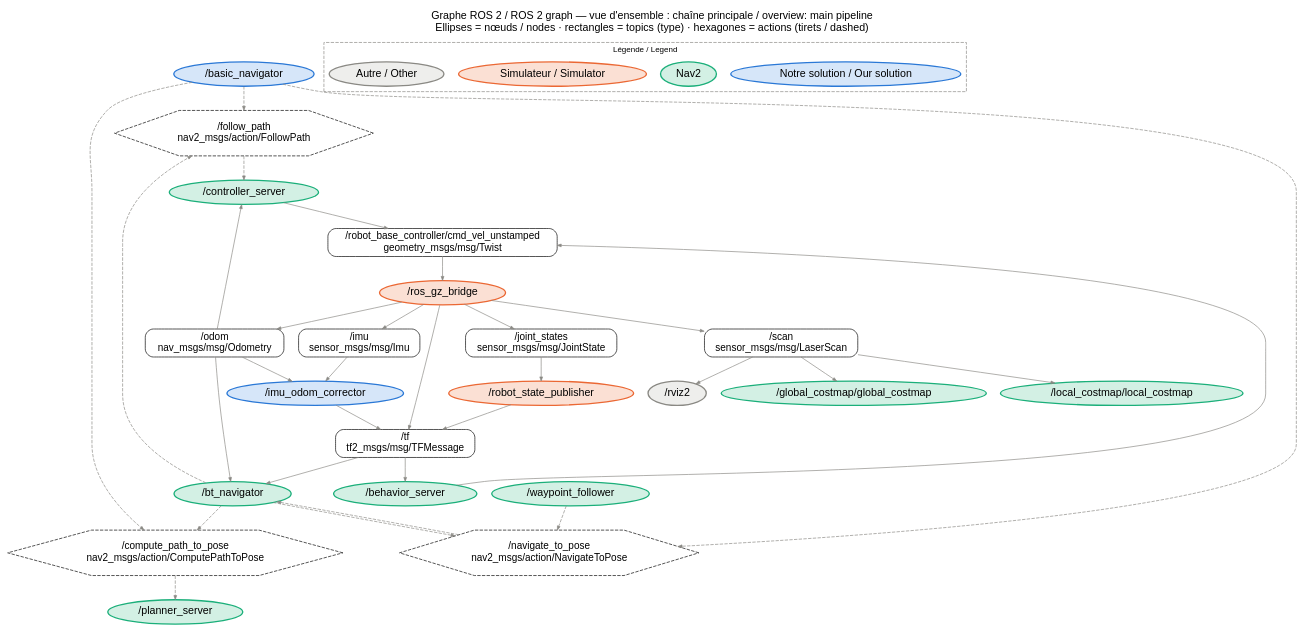
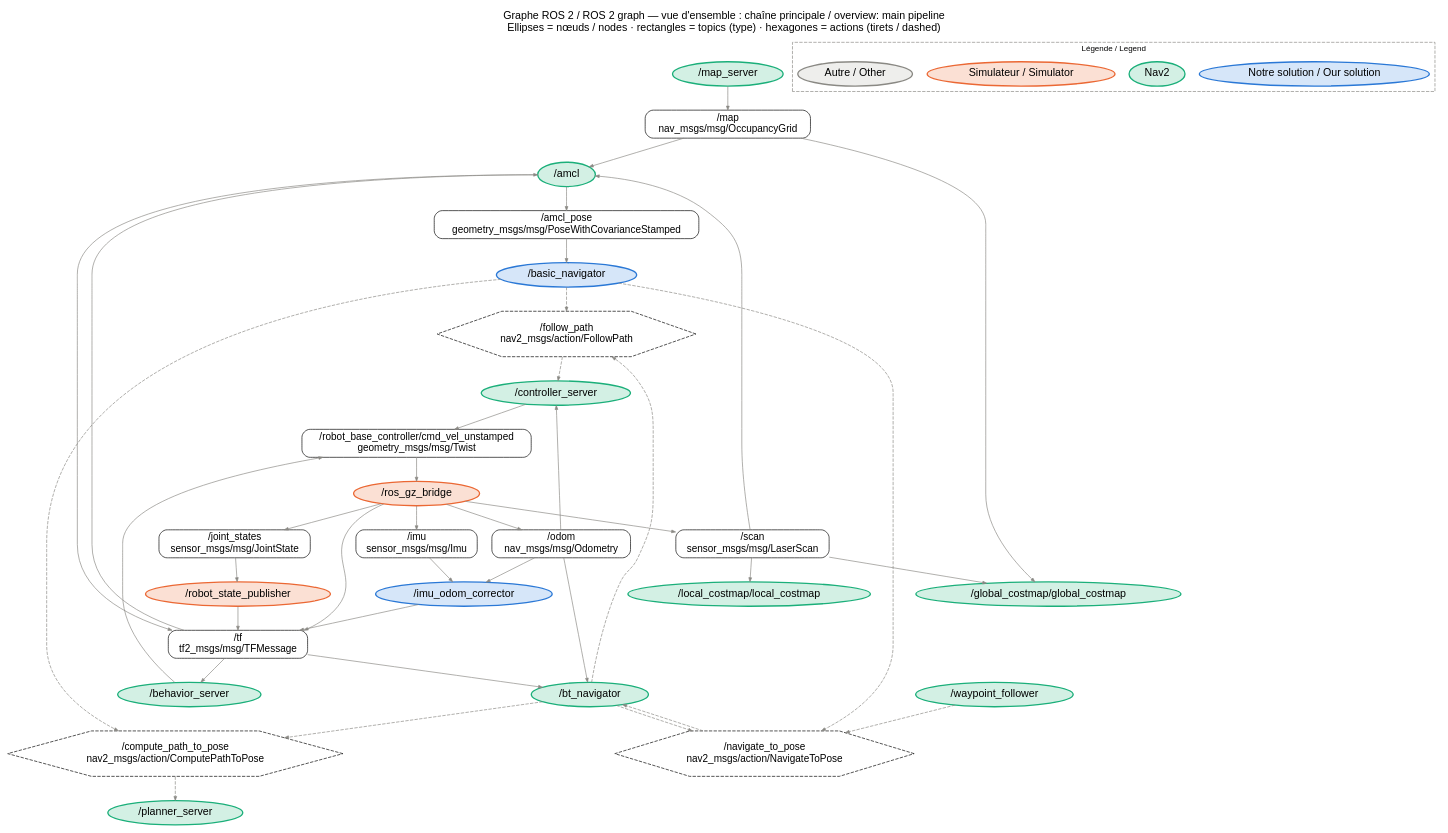
Before and after one commit to themasterofarts/PARC2026-Engineers-League: the diagram in solution/docs/ros_graph_overview.dot, drawn with Graphviz. The commit also changed 9 other files, not shown here.

First line of the commit message:
Solution 2 results over 11 runs; ROS graph with map_server and AMCL

```diff
--- a/solution/docs/ros_graph_overview.dot
+++ b/solution/docs/ros_graph_overview.dot
@@ -1,72 +1,84 @@
 digraph ros_graph {
   rankdir=TB; splines=true; nodesep=0.3; ranksep=0.5;
   node [fontname="Helvetica", fontsize=16]; edge [color="#8a8984", arrowsize=0.6];
   labelloc=t; fontname="Helvetica"; fontsize=16;
   label="Graphe ROS 2 / ROS 2 graph — vue d'ensemble : chaîne principale / overview: main pipeline\nEllipses = nœuds / nodes · rectangles = topics (type) · hexagones = actions (tirets / dashed)";
+  "/amcl" [shape=ellipse, style=filled, fillcolor="#d3f0e4", color="#1baf7a", penwidth=2];
   "/basic_navigator" [shape=ellipse, style=filled, fillcolor="#d6e6f9", color="#2a78d6", penwidth=2];
   "/behavior_server" [shape=ellipse, style=filled, fillcolor="#d3f0e4", color="#1baf7a", penwidth=2];
   "/bt_navigator" [shape=ellipse, style=filled, fillcolor="#d3f0e4", color="#1baf7a", penwidth=2];
   "/controller_server" [shape=ellipse, style=filled, fillcolor="#d3f0e4", color="#1baf7a", penwidth=2];
   "/global_costmap/global_costmap" [shape=ellipse, style=filled, fillcolor="#d3f0e4", color="#1baf7a", penwidth=2];
   "/imu_odom_corrector" [shape=ellipse, style=filled, fillcolor="#d6e6f9", color="#2a78d6", penwidth=2];
   "/local_costmap/local_costmap" [shape=ellipse, style=filled, fillcolor="#d3f0e4", color="#1baf7a", penwidth=2];
+  "/map_server" [shape=ellipse, style=filled, fillcolor="#d3f0e4", color="#1baf7a", penwidth=2];
   "/planner_server" [shape=ellipse, style=filled, fillcolor="#d3f0e4", color="#1baf7a", penwidth=2];
   "/robot_state_publisher" [shape=ellipse, style=filled, fillcolor="#fbe0d4", color="#eb6834", penwidth=2];
   "/ros_gz_bridge" [shape=ellipse, style=filled, fillcolor="#fbe0d4", color="#eb6834", penwidth=2];
-  "/rviz2" [shape=ellipse, style=filled, fillcolor="#eeeeec", color="#8a8984", penwidth=2];
   "/waypoint_follower" [shape=ellipse, style=filled, fillcolor="#d3f0e4", color="#1baf7a", penwidth=2];
+  "/amcl_pose" [shape=box, style=rounded, fontsize=15, label="/amcl_pose
+geometry_msgs/msg/PoseWithCovarianceStamped"];
   "/imu" [shape=box, style=rounded, fontsize=15, label="/imu
 sensor_msgs/msg/Imu"];
   "/joint_states" [shape=box, style=rounded, fontsize=15, label="/joint_states
 sensor_msgs/msg/JointState"];
+  "/map" [shape=box, style=rounded, fontsize=15, label="/map
+nav_msgs/msg/OccupancyGrid"];
   "/odom" [shape=box, style=rounded, fontsize=15, label="/odom
 nav_msgs/msg/Odometry"];
   "/robot_base_controller/cmd_vel_unstamped" [shape=box, style=rounded, fontsize=15, label="/robot_base_controller/cmd_vel_unstamped
 geometry_msgs/msg/Twist"];
   "/scan" [shape=box, style=rounded, fontsize=15, label="/scan
 sensor_msgs/msg/LaserScan"];
   "/tf" [shape=box, style=rounded, fontsize=15, label="/tf
 tf2_msgs/msg/TFMessage"];
   "action:/compute_path_to_pose" [shape=hexagon, style=dashed, fontsize=15, label="/compute_path_to_pose
 nav2_msgs/action/ComputePathToPose"];
   "action:/follow_path" [shape=hexagon, style=dashed, fontsize=15, label="/follow_path
 nav2_msgs/action/FollowPath"];
   "action:/navigate_to_pose" [shape=hexagon, style=dashed, fontsize=15, label="/navigate_to_pose
 nav2_msgs/action/NavigateToPose"];
+  "/amcl" -> "/amcl_pose";
+  "/amcl_pose" -> "/basic_navigator";
   "/ros_gz_bridge" -> "/imu";
   "/imu" -> "/imu_odom_corrector";
   "/ros_gz_bridge" -> "/joint_states";
   "/joint_states" -> "/robot_state_publisher";
+  "/map_server" -> "/map";
+  "/map" -> "/amcl";
+  "/map" -> "/global_costmap/global_costmap";
   "/ros_gz_bridge" -> "/odom";
+  "/odom" -> "/bt_navigator";
+  "/odom" -> "/controller_server";
   "/odom" -> "/imu_odom_corrector";
-  "/odom" -> "/controller_server";
-  "/odom" -> "/bt_navigator";
   "/controller_server" -> "/robot_base_controller/cmd_vel_unstamped";
   "/behavior_server" -> "/robot_base_controller/cmd_vel_unstamped";
   "/robot_base_controller/cmd_vel_unstamped" -> "/ros_gz_bridge";
   "/ros_gz_bridge" -> "/scan";
-  "/scan" -> "/rviz2";
   "/scan" -> "/local_costmap/local_costmap";
+  "/scan" -> "/amcl";
   "/scan" -> "/global_costmap/global_costmap";
+  "/amcl" -> "/tf";
+  "/robot_state_publisher" -> "/tf";
   "/imu_odom_corrector" -> "/tf";
   "/ros_gz_bridge" -> "/tf";
-  "/robot_state_publisher" -> "/tf";
+  "/tf" -> "/bt_navigator";
+  "/tf" -> "/amcl";
   "/tf" -> "/behavior_server";
-  "/tf" -> "/bt_navigator";
   "/bt_navigator" -> "action:/compute_path_to_pose" [style=dashed];
   "/basic_navigator" -> "action:/compute_path_to_pose" [style=dashed];
   "action:/compute_path_to_pose" -> "/planner_server" [style=dashed];
   "/bt_navigator" -> "action:/follow_path" [style=dashed];
   "/basic_navigator" -> "action:/follow_path" [style=dashed];
   "action:/follow_path" -> "/controller_server" [style=dashed];
+  "/bt_navigator" -> "action:/navigate_to_pose" [style=dashed];
   "/waypoint_follower" -> "action:/navigate_to_pose" [style=dashed];
-  "/bt_navigator" -> "action:/navigate_to_pose" [style=dashed];
   "/basic_navigator" -> "action:/navigate_to_pose" [style=dashed];
   "action:/navigate_to_pose" -> "/bt_navigator" [style=dashed];
   subgraph cluster_legend { label="Légende / Legend"; fontsize=12; style=dashed; color="#8a8984";
     legend0 [label="Notre solution / Our solution", shape=ellipse, style=filled, fillcolor="#d6e6f9", color="#2a78d6", penwidth=2];
     legend1 [label="Nav2", shape=ellipse, style=filled, fillcolor="#d3f0e4", color="#1baf7a", penwidth=2];
     legend2 [label="Simulateur / Simulator", shape=ellipse, style=filled, fillcolor="#fbe0d4", color="#eb6834", penwidth=2];
     legend3 [label="Autre / Other", shape=ellipse, style=filled, fillcolor="#eeeeec", color="#8a8984", penwidth=2];
   }
 }
```
